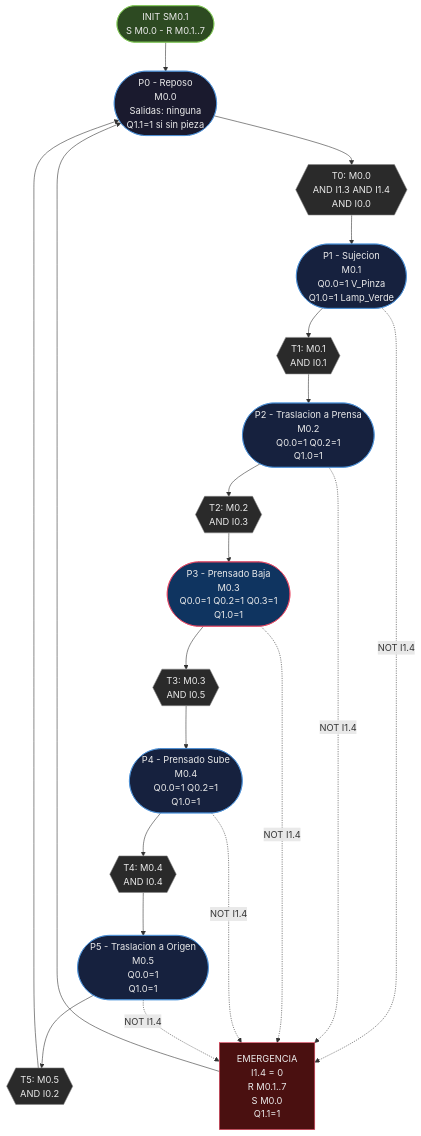
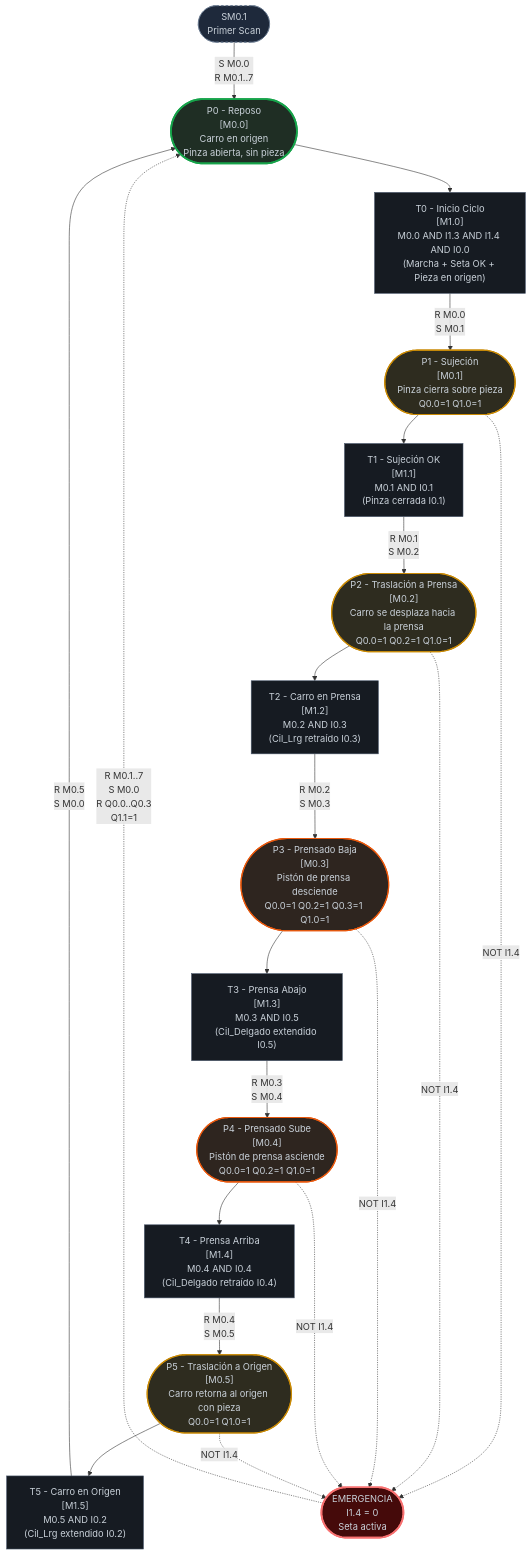
Before and after one commit to Sebaasu/xk335b-scada: the diagram in 4_Procesamiento/5_Diagrama_Petri.md, drawn with Mermaid. The commit also changed other lines of this file and 29 other files, not shown here.

Commit message:
Diagramas mejorados, libreria eliminada, README Actualizado

````diff
--- a/4_Procesamiento/5_Diagrama_Petri.md
+++ b/4_Procesamiento/5_Diagrama_Petri.md
@@ -8,57 +18,85 @@
 ```mermaid
 flowchart TD
 
-    INIT(["INIT SM0.1\nS M0.0 - R M0.1..7"])
-    INIT --> P0
+    %% =========================================================
+    %% ARRANQUE
+    %% =========================================================
 
-    P0(["P0 - Reposo\nM0.0\nSalidas: ninguna\nQ1.1=1 si sin pieza"])
-    P1(["P1 - Sujecion\nM0.1\nQ0.0=1 V_Pinza\nQ1.0=1 Lamp_Verde"])
-    P2(["P2 - Traslacion a Prensa\nM0.2\nQ0.0=1 Q0.2=1\nQ1.0=1"])
-    P3(["P3 - Prensado Baja\nM0.3\nQ0.0=1 Q0.2=1 Q0.3=1\nQ1.0=1"])
-    P4(["P4 - Prensado Sube\nM0.4\nQ0.0=1 Q0.2=1\nQ1.0=1"])
-    P5(["P5 - Traslacion a Origen\nM0.5\nQ0.0=1\nQ1.0=1"])
+    INIT(["SM0.1\nPrimer Scan"]):::init
 
-    T0{{"T0: M0.0\nAND I1.3 AND I1.4\nAND I0.0"}}
-    T1{{"T1: M0.1\nAND I0.1"}}
-    T2{{"T2: M0.2\nAND I0.3"}}
-    T3{{"T3: M0.3\nAND I0.5"}}
-    T4{{"T4: M0.4\nAND I0.4"}}
-    T5{{"T5: M0.5\nAND I0.2"}}
+    %% =========================================================
+    %% ZONA 0: REPOSO
+    %% =========================================================
 
-    EMERG["EMERGENCIA\nI1.4 = 0\nR M0.1..7\nS M0.0\nQ1.1=1"]
+    P0(["P0 - Reposo\n[M0.0]\nCarro en origen\nPinza abierta, sin pieza"]):::plaza_ctrl
+
+    INIT -->|"S M0.0\nR M0.1..7"| P0
+
+    %% =========================================================
+    %% ZONA 1: SUJECIÓN Y TRASLADO ENTRADA
+    %% =========================================================
+
+    P1(["P1 - Sujeción\n[M0.1]\nPinza cierra sobre pieza\nQ0.0=1 Q1.0=1"]):::plaza_exec
+    P2(["P2 - Traslación a Prensa\n[M0.2]\nCarro se desplaza hacia la prensa\nQ0.0=1 Q0.2=1 Q1.0=1"]):::plaza_exec
+
+    T0["T0 - Inicio Ciclo\n[M1.0]\nM0.0 AND I1.3 AND I1.4 AND I0.0\n(Marcha + Seta OK + Pieza en origen)"]:::trans
+    T1["T1 - Sujeción OK\n[M1.1]\nM0.1 AND I0.1\n(Pinza cerrada I0.1)"]:::trans
+    T2["T2 - Carro en Prensa\n[M1.2]\nM0.2 AND I0.3\n(Cil_Lrg retraído I0.3)"]:::trans
 
     P0 --> T0
-    T0 --> P1
+    T0 -->|"R M0.0\nS M0.1"| P1
     P1 --> T1
-    T1 --> P2
+    T1 -->|"R M0.1\nS M0.2"| P2
     P2 --> T2
-    T2 --> P3
+
+    %% =========================================================
+    %% ZONA 2: CICLO DE PRENSADO (riesgo alto)
+    %% =========================================================
+
+    P3(["P3 - Prensado Baja\n[M0.3]\nPistón de prensa desciende\nQ0.0=1 Q0.2=1 Q0.3=1 Q1.0=1"]):::plaza_pick
+    P4(["P4 - Prensado Sube\n[M0.4]\nPistón de prensa asciende\nQ0.0=1 Q0.2=1 Q1.0=1"]):::plaza_pick
+
+    T3["T3 - Prensa Abajo\n[M1.3]\nM0.3 AND I0.5\n(Cil_Delgado extendido I0.5)"]:::trans
+    T4["T4 - Prensa Arriba\n[M1.4]\nM0.4 AND I0.4\n(Cil_Delgado retraído I0.4)"]:::trans
+
+    T2 -->|"R M0.2\nS M0.3"| P3
     P3 --> T3
-    T3 --> P4
+    T3 -->|"R M0.3\nS M0.4"| P4
     P4 --> T4
-    T4 --> P5
+
+    %% =========================================================
+    %% ZONA 3: TRASLADO DE RETORNO
+    %% =========================================================
+
+    P5(["P5 - Traslación a Origen\n[M0.5]\nCarro retorna al origen con pieza\nQ0.0=1 Q1.0=1"]):::plaza_exec
+
+    T5["T5 - Carro en Origen\n[M1.5]\nM0.5 AND I0.2\n(Cil_Lrg extendido I0.2)"]:::trans
+
+    T4 -->|"R M0.4\nS M0.5"| P5
     P5 --> T5
-    T5 --> P0
+    T5 -->|"R M0.5\nS M0.0"| P0
 
-    P1 -. "NOT I1.4" .-> EMERG
-    P2 -. "NOT I1.4" .-> EMERG
-    P3 -. "NOT I1.4" .-> EMERG
-    P4 -. "NOT I1.4" .-> EMERG
-    P5 -. "NOT I1.4" .-> EMERG
-    EMERG --> P0
+    %% =========================================================
+    %% EMERGENCIA
+    %% =========================================================
 
-    style P0 fill:#1a1a2e,color:#eaeaea,stroke:#4a90d9
-    style P1 fill:#16213e,color:#eaeaea,stroke:#4a90d9
-    style P2 fill:#16213e,color:#eaeaea,stroke:#4a90d9
-    style P3 fill:#0f3460,color:#eaeaea,stroke:#e94560
-    style P4 fill:#16213e,color:#eaeaea,stroke:#4a90d9
-    style P5 fill:#16213e,color:#eaeaea,stroke:#4a90d9
-    style INIT fill:#2d4a22,color:#eaeaea,stroke:#7ec850
-    style EMERG fill:#4a1010,color:#eaeaea,stroke:#e94560
-    style T0 fill:#2a2a2a,color:#eaeaea,stroke:#888
-    style T1 fill:#2a2a2a,color:#eaeaea,stroke:#888
-    style T2 fill:#2a2a2a,color:#eaeaea,stroke:#888
-    style T3 fill:#2a2a2a,color:#eaeaea,stroke:#888
-    style T4 fill:#2a2a2a,color:#eaeaea,stroke:#888
-    style T5 fill:#2a2a2a,color:#eaeaea,stroke:#888
+    EMERG(["EMERGENCIA\nI1.4 = 0\nSeta activa"]):::emerg
+
+    P1 -.->|"NOT I1.4"| EMERG
+    P2 -.->|"NOT I1.4"| EMERG
+    P3 -.->|"NOT I1.4"| EMERG
+    P4 -.->|"NOT I1.4"| EMERG
+    P5 -.->|"NOT I1.4"| EMERG
+    EMERG -.->|"R M0.1..7\nS M0.0\nR Q0.0..Q0.3\nQ1.1=1"| P0
+
+    %% =========================================================
+    %% ESTILOS
+    %% =========================================================
+
+    classDef plaza_ctrl   fill:#1f2e24,stroke:#16a34a,stroke-width:3px,color:#c9d1d9
+    classDef plaza_exec   fill:#2e2c1f,stroke:#ca8a04,stroke-width:2px,color:#c9d1d9
+    classDef plaza_pick   fill:#2e251f,stroke:#ea580c,stroke-width:2px,color:#c9d1d9
+    classDef trans        fill:#161b22,stroke:#475569,stroke-width:1px,color:#c9d1d9
+    classDef init         fill:#1e293b,stroke:#64748b,stroke-width:1px,color:#c9d1d9,stroke-dasharray:4
+    classDef emerg        fill:#450a0a,stroke:#f87171,stroke-width:3px,color:#c9d1d9
 ```
````
